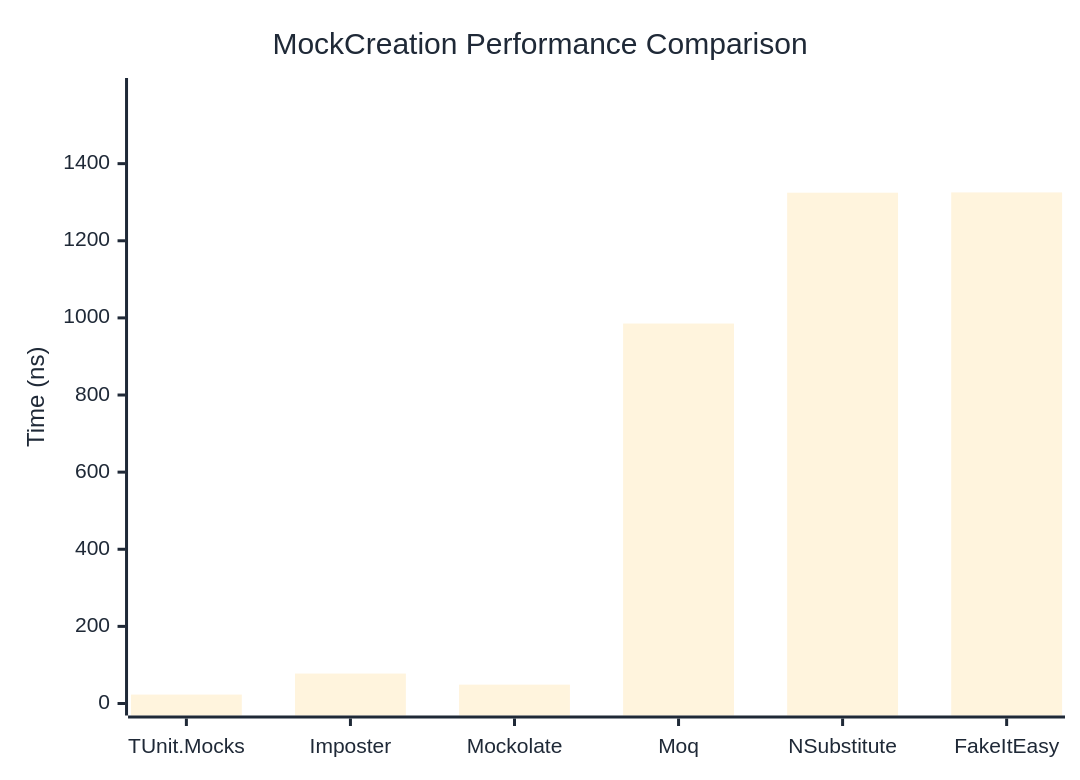
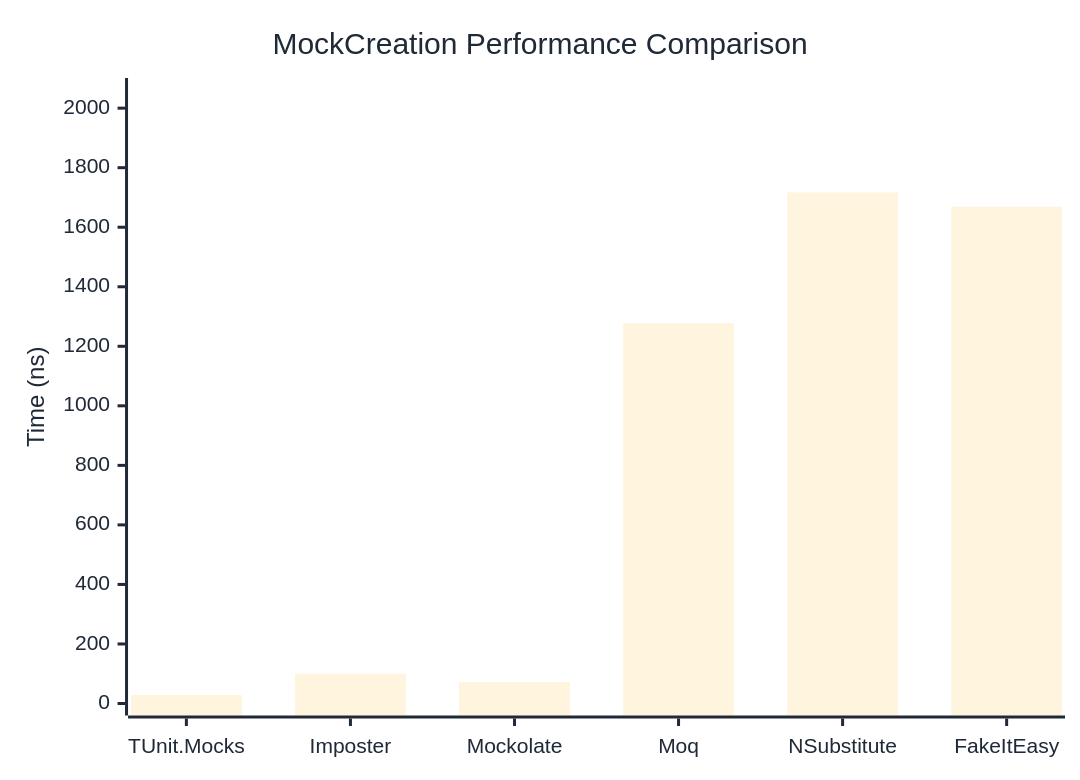
One commit to thomhurst/TUnit changed the first of 2 diagrams in docs/docs/benchmarks/mocks/MockCreation.md. Above: the diagram before and after it, drawn with Mermaid. The commit also changed other lines of this file and 14 other files, not shown here.

````diff
--- a/docs/docs/benchmarks/mocks/MockCreation.md
+++ b/docs/docs/benchmarks/mocks/MockCreation.md
@@ -30,27 +30,27 @@
 ```mermaid
 %%{init: {
   'theme':'base',
   'themeVariables': {
     'primaryColor': '#2563eb',
     'primaryTextColor': '#1f2937',
     'primaryBorderColor': '#1e40af',
     'lineColor': '#6b7280',
     'secondaryColor': '#7c3aed',
     'tertiaryColor': '#dc2626',
     'background': '#ffffff',
     'pie1': '#2563eb',
     'pie2': '#7c3aed',
     'pie3': '#dc2626',
     'pie4': '#f59e0b',
     'pie5': '#10b981',
     'pie6': '#06b6d4',
     'pie7': '#ec4899',
     'pie8': '#6366f1'
   }
 }}%%
 xychart-beta
   title "MockCreation Performance Comparison"
   x-axis ["TUnit.Mocks", "Imposter", "Mockolate", "Moq", "NSubstitute", "FakeItEasy"]
-  y-axis "Time (ns)" 0 --> 1591
-  bar [23.13, 77.65, 48.86, 985.35, 1324.67, 1325.42]
+  y-axis "Time (ns)" 0 --> 2061
+  bar [28.56, 99.99, 71.95, 1277.8, 1716.98, 1668.96]
 ```
````
